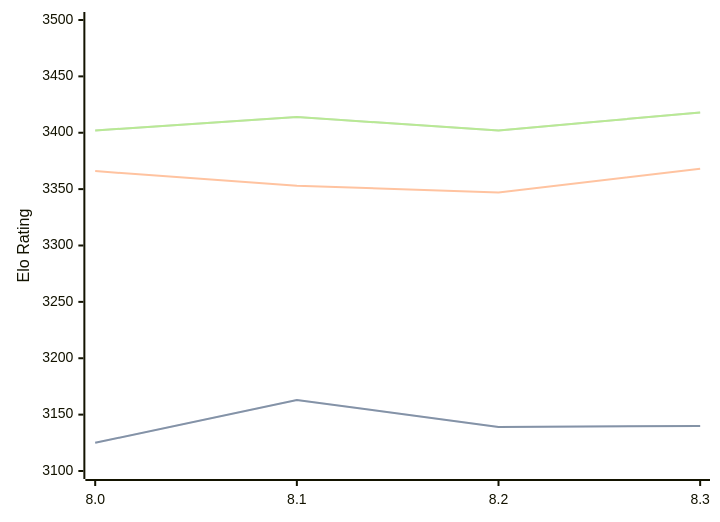
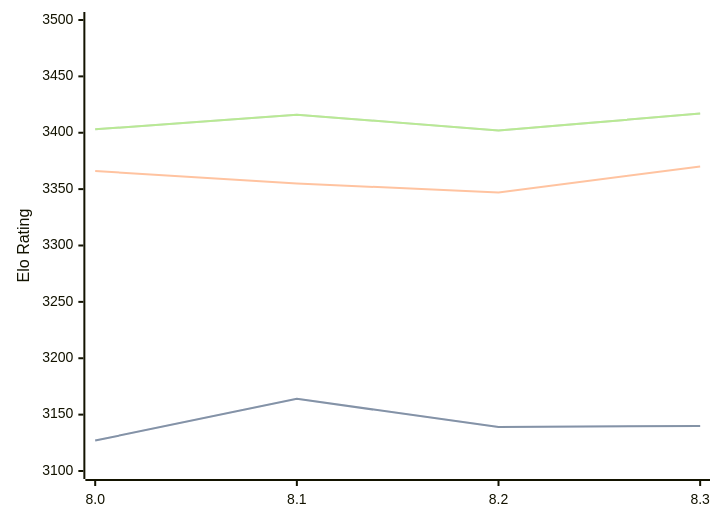
The third of 3 diagrams in engines/Alexander.md (computer-chess-index/cci), drawn with Mermaid before and after one commit. The commit also changed other lines of this file, not shown here.

Commit message:
Update CCI Ratings (ELO VLTC) - 2026-06-30

````diff
--- a/engines/Alexander.md
+++ b/engines/Alexander.md
@@ -81,11 +81,11 @@
 ```mermaid
 %%{init: {"theme":"base","themeVariables":{"seriesColors:['#a3a3a3','#222221','#faa371']}}}%%
 xychart-beta
   x-axis ["8.0", "8.1", "8.2", "8.3"]
   y-axis "Elo Rating" 3100 --> 3500
-  line "STC (8.0+0.08s)" [3125, 3163, 3139, 3140]
-  line "STC (8.0+0.08s)" [3125, 3163, 3139, 3140]
-  line "LTC (60.0+0.60s)" [3366, 3353, 3347, 3368]
-  line "VLTC (2m24s+1.12s)" [3402, 3414, 3402, 3418]
-  line "VLTC (2m24s+1.12s)" [3402, 3414, 3402, 3418]
+  line "STC (8.0+0.08s)" [3127, 3164, 3139, 3140]
+  line "STC (8.0+0.08s)" [3127, 3164, 3139, 3140]
+  line "LTC (60.0+0.60s)" [3366, 3355, 3347, 3370]
+  line "VLTC (2m24s+1.12s)" [3403, 3416, 3402, 3417]
+  line "VLTC (2m24s+1.12s)" [3403, 3416, 3402, 3417]
 ```
````
